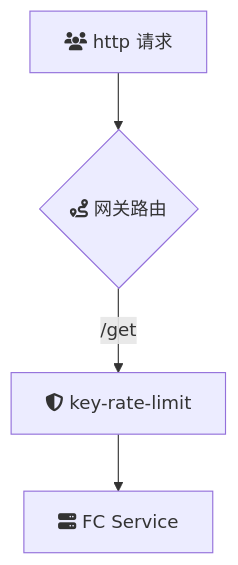
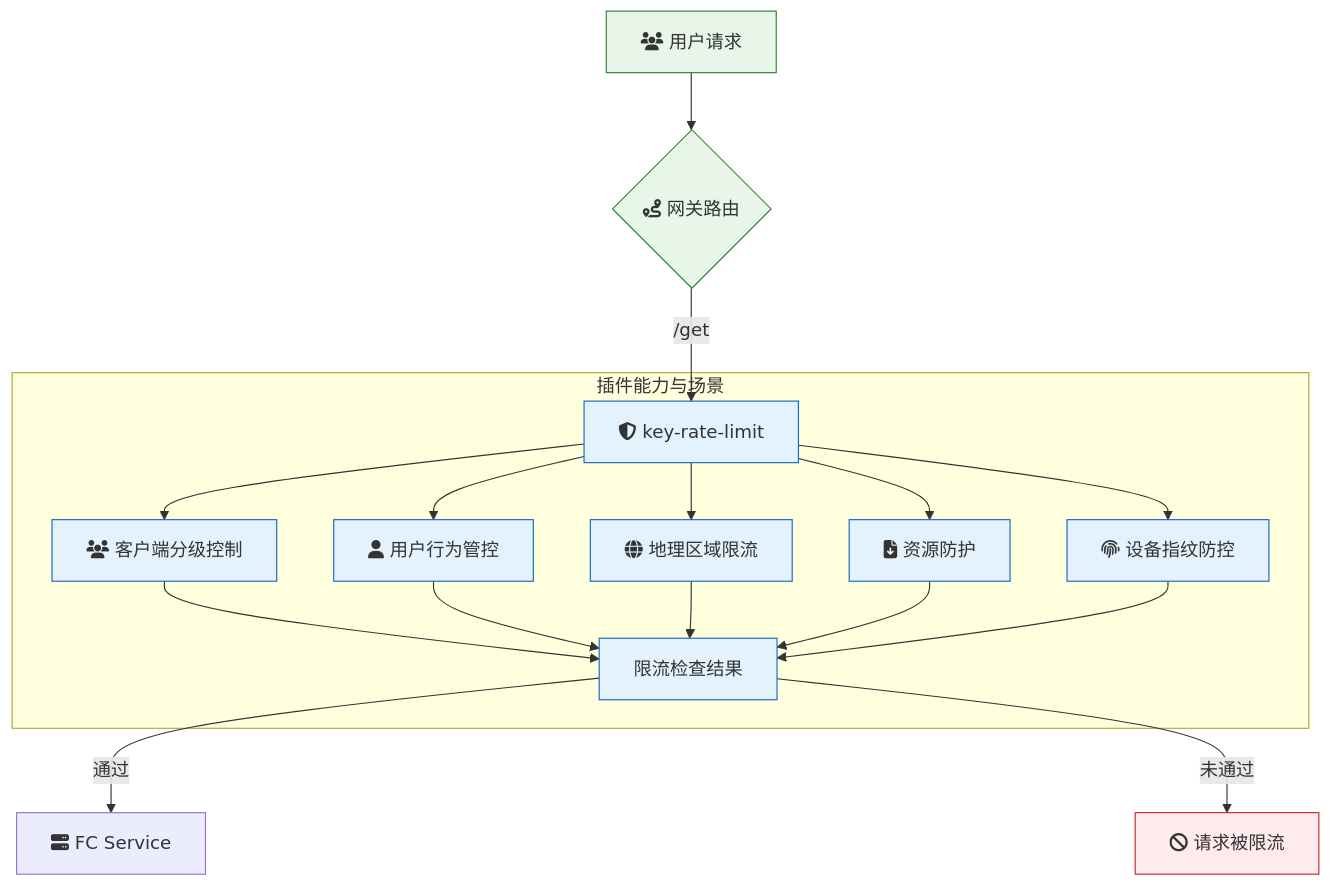
Before and after one commit to msa-group/start-apig: the diagram in key-rate-limit-plugin/README.md, drawn with Mermaid. The commit also changed 8 other files, not shown here.

````diff
--- a/key-rate-limit-plugin/README.md
+++ b/key-rate-limit-plugin/README.md
@@ -33,6 +33,32 @@
 ```mermaid
 flowchart TB
-A[fa:fa-users http 请求] --> B{fa:fa-route 网关路由}
-	B -->|/get| P1[fa:fa-shield-alt key-rate-limit]
-	P1 --> Backend[fa:fa-server FC Service]
+%% 请求和路由
+A[fa:fa-users 用户请求] --> B{fa:fa-route 网关路由}
+B -->|/get| P1[fa:fa-shield-alt key-rate-limit]
+
+%% 限流场景模块
+subgraph Limit_Scenarios[插件能力与场景]
+    P1 --> G1[fa:fa-users 客户端分级控制]
+    P1 --> G2[fa:fa-user 用户行为管控]
+    P1 --> G3[fa:fa-globe 地理区域限流]
+    P1 --> G4[fa:fa-file-download 资源防护]
+    P1 --> G5[fa:fa-fingerprint 设备指纹防控]
+    G1 --> F[限流检查结果]
+    G2 --> F[限流检查结果]
+    G3 --> F[限流检查结果]
+    G4 --> F[限流检查结果]
+    G5 --> F[限流检查结果]
+end
+%% 分发步骤
+F[限流检查结果] -->|通过| Backend[fa:fa-server FC Service]
+F[限流检查结果] -->|未通过| D1[fa:fa-ban 请求被限流]
+
+%% 建议配色方案
+classDef green fill:#e8f5e9,stroke:#2e7d32
+classDef red fill:#ffebee,stroke:#c62828
+classDef blue fill:#e3f2fd,stroke:#1565c0
+class A,B,C,D green
+class P1,G1,G2,G3,G4,G5,F blue
+class D1 red
+
 ```
````
